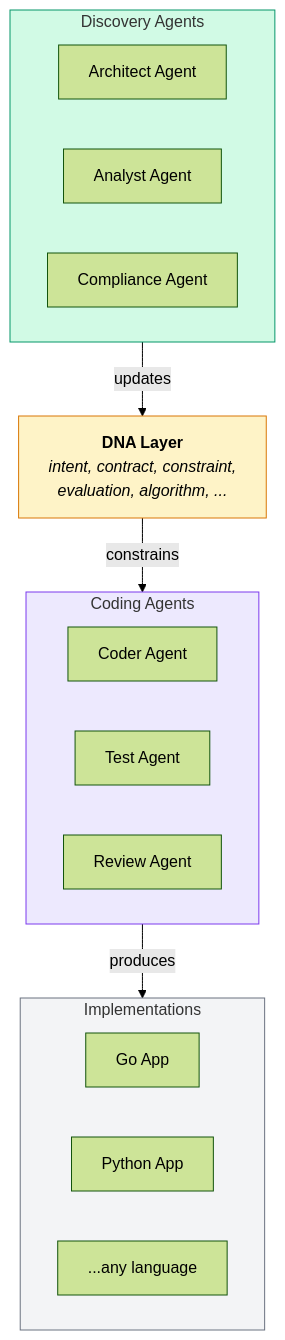
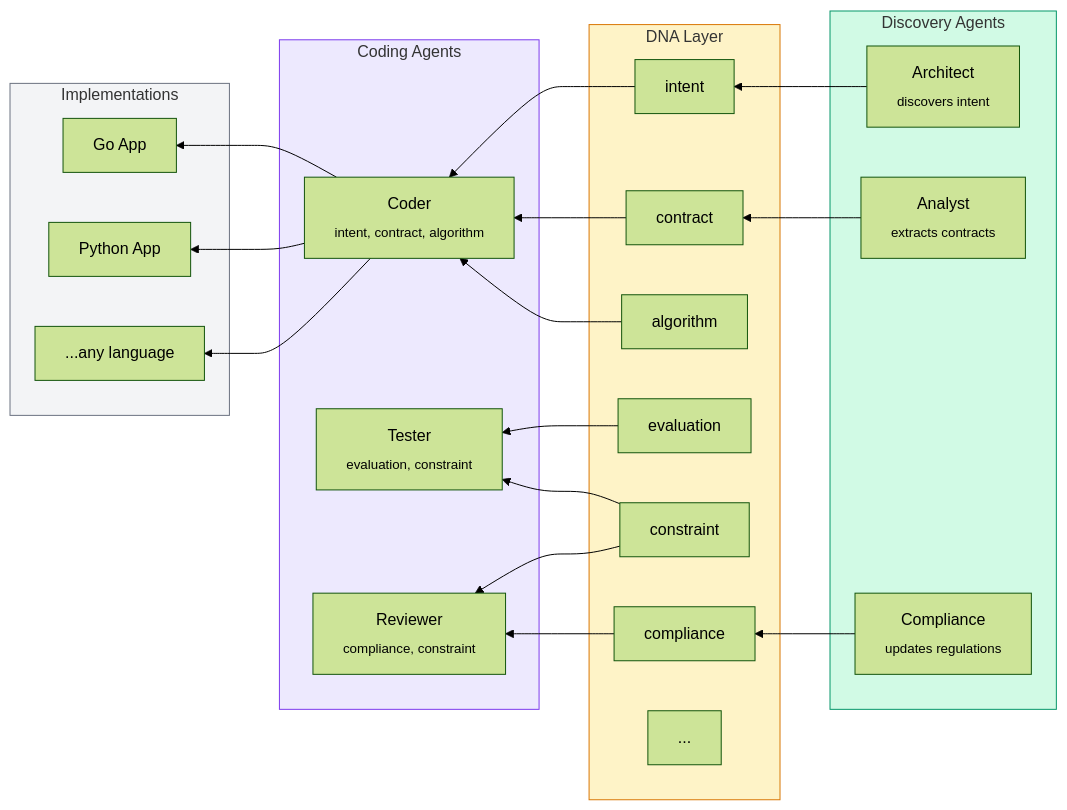
The first of 2 diagrams in README.md (panbanda/dna), drawn with Mermaid (forest theme) before and after one commit. The commit also changed other lines of this file and 5 other files, not shown here.

````diff
--- a/README.md
+++ b/README.md
@@ -63,31 +63,49 @@
 ```mermaid
-flowchart TB
-    subgraph discovery["Discovery Agents"]
-        architect["Architect Agent"]
-        analyst["Analyst Agent"]
-        auditor["Compliance Agent"]
+flowchart RL
+    subgraph impl["Implementations"]
+        go["Go App"]
+        py["Python App"]
+        any["...any language"]
     end
 
-    dna["<b>DNA Layer</b><br/><i>intent, contract, constraint,<br/>evaluation, algorithm, ...</i>"]
-
     subgraph coding["Coding Agents"]
-        coder["Coder Agent"]
-        tester["Test Agent"]
-        reviewer["Review Agent"]
+        coder["Coder<br/><sub>intent, contract, algorithm</sub>"]
+        tester["Tester<br/><sub>evaluation, constraint</sub>"]
+        reviewer["Reviewer<br/><sub>compliance, constraint</sub>"]
     end
 
-    subgraph impl["Implementations"]
-        impl1["Go App"]
-        impl2["Python App"]
-        impl3["...any language"]
+    subgraph dna["DNA Layer"]
+        intent["intent"]
+        contract["contract"]
+        algorithm["algorithm"]
+        evaluation["evaluation"]
+        constraint["constraint"]
+        compliance["compliance"]
+        more["..."]
     end
 
-    discovery -->|"updates"| dna
-    dna -->|"constrains"| coding
-    coding -->|"produces"| impl
+    subgraph discovery["Discovery Agents"]
+        architect["Architect<br/><sub>discovers intent</sub>"]
+        analyst["Analyst<br/><sub>extracts contracts</sub>"]
+        auditor["Compliance<br/><sub>updates regulations</sub>"]
+    end
+
+    architect --> intent
+    analyst --> contract
+    auditor --> compliance
+    intent --> coder
+    contract --> coder
+    algorithm --> coder
+    evaluation --> tester
+    constraint --> tester
+    constraint --> reviewer
+    compliance --> reviewer
+    coder --> go
+    coder --> py
+    coder --> any
 
     style discovery fill:#d1fae5,stroke:#059669
     style dna fill:#fef3c7,stroke:#d97706
     style coding fill:#ede9fe,stroke:#7c3aed
     style impl fill:#f3f4f6,stroke:#6b7280
 ```
````
